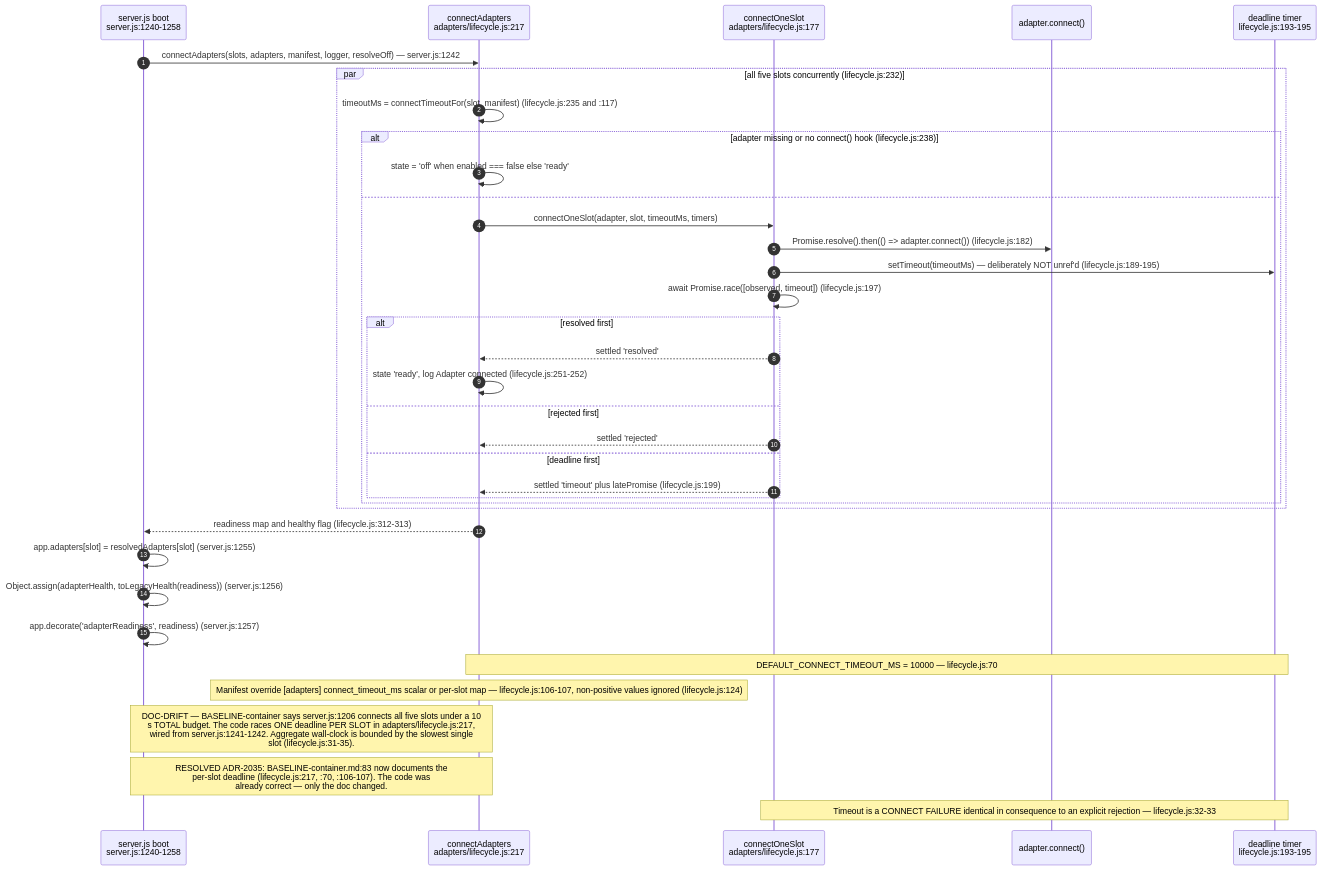
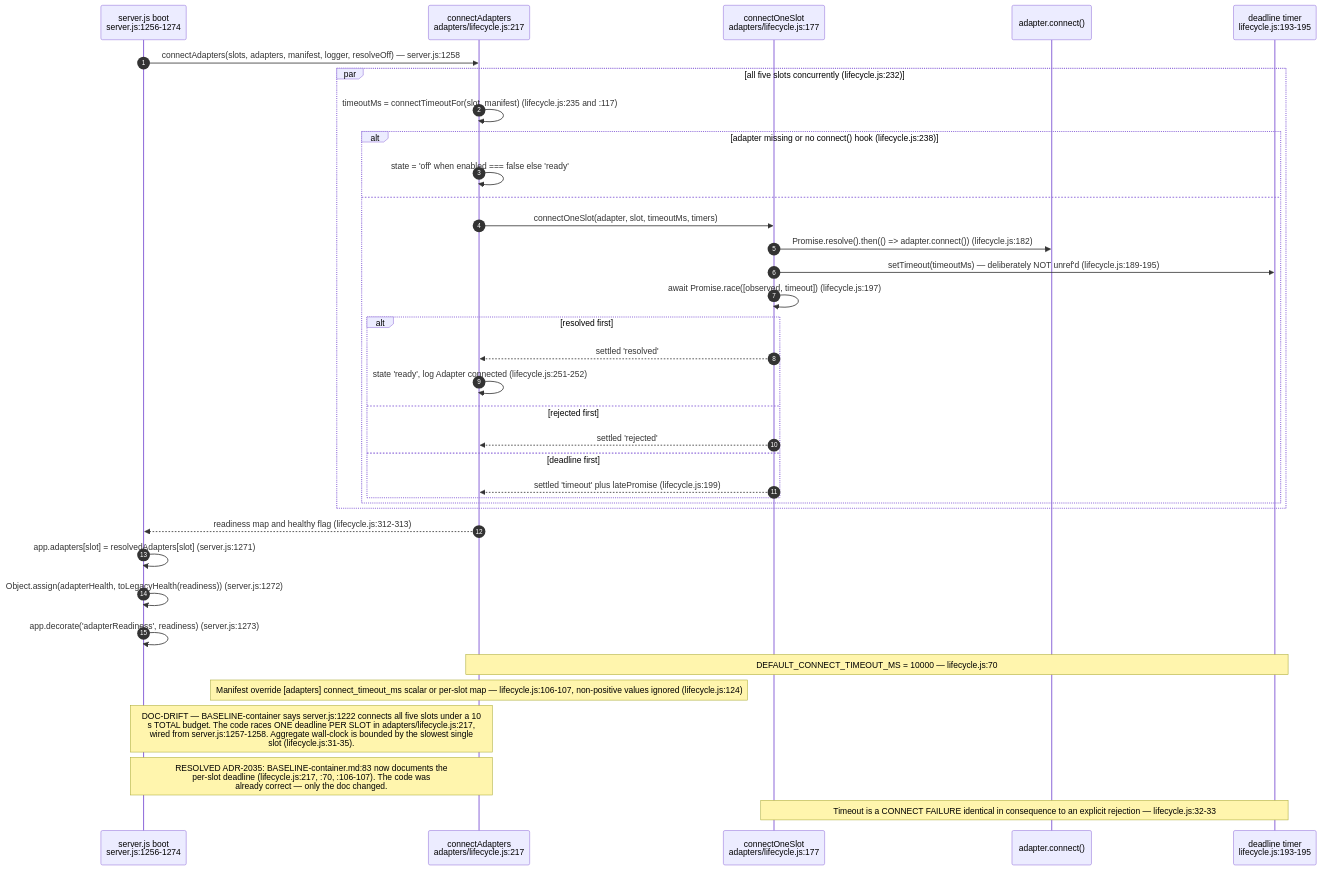
Before and after one commit to DreamLab-AI/AR-AI-Knowledge-Graph: the sixth of 16 diagrams in docs/diagrams/agentbox/04-adapter-spine.md, drawn with Mermaid. The commit also changed other lines of this file and 73 other files, not shown here.

First line of the commit message:
docs(diagrams): re-verify all 71 topic files against HEAD; add --cite-check

````diff
--- a/docs/diagrams/agentbox/04-adapter-spine.md
+++ b/docs/diagrams/agentbox/04-adapter-spine.md
@@ -253,39 +254,39 @@
 ```mermaid
 sequenceDiagram
     autonumber
-    participant SV as server.js boot<br/>server.js:1240-1258
+    participant SV as server.js boot<br/>server.js:1256-1274
     participant LC as connectAdapters<br/>adapters/lifecycle.js:217
     participant CO as connectOneSlot<br/>adapters/lifecycle.js:177
     participant AD as adapter.connect()
     participant T as deadline timer<br/>lifecycle.js:193-195
 
-    SV->>LC: connectAdapters(slots, adapters, manifest, logger, resolveOff) — server.js:1242
+    SV->>LC: connectAdapters(slots, adapters, manifest, logger, resolveOff) — server.js:1258
     par all five slots concurrently (lifecycle.js:232)
         LC->>LC: timeoutMs = connectTimeoutFor(slot, manifest) (lifecycle.js:235 and :117)
         alt adapter missing or no connect() hook (lifecycle.js:238)
             LC->>LC: state = 'off' when enabled === false else 'ready'
         else
             LC->>CO: connectOneSlot(adapter, slot, timeoutMs, timers)
             CO->>AD: Promise.resolve().then(() => adapter.connect()) (lifecycle.js:182)
             CO->>T: setTimeout(timeoutMs) — deliberately NOT unref'd (lifecycle.js:189-195)
             CO->>CO: await Promise.race([observed, timeout]) (lifecycle.js:197)
             alt resolved first
                 CO-->>LC: settled 'resolved'
                 LC->>LC: state 'ready', log Adapter connected (lifecycle.js:251-252)
             else rejected first
                 CO-->>LC: settled 'rejected'
             else deadline first
                 CO-->>LC: settled 'timeout' plus latePromise (lifecycle.js:199)
             end
         end
     end
     LC-->>SV: readiness map and healthy flag (lifecycle.js:312-313)
-    SV->>SV: app.adapters[slot] = resolvedAdapters[slot] (server.js:1255)
-    SV->>SV: Object.assign(adapterHealth, toLegacyHealth(readiness)) (server.js:1256)
-    SV->>SV: app.decorate('adapterReadiness', readiness) (server.js:1257)
+    SV->>SV: app.adapters[slot] = resolvedAdapters[slot] (server.js:1271)
+    SV->>SV: Object.assign(adapterHealth, toLegacyHealth(readiness)) (server.js:1272)
+    SV->>SV: app.decorate('adapterReadiness', readiness) (server.js:1273)
     Note over LC,T: DEFAULT_CONNECT_TIMEOUT_MS = 10000 — lifecycle.js:70
     Note over LC: Manifest override [adapters] connect_timeout_ms scalar or per-slot map — lifecycle.js:106-107, non-positive values ignored (lifecycle.js:124)
-    Note over SV,LC: DOC-DRIFT — BASELINE-container says server.js:1206 connects all five slots under a 10<br/>s TOTAL budget. The code races ONE deadline PER SLOT in adapters/lifecycle.js:217,<br/>wired from server.js:1241-1242. Aggregate wall-clock is bounded by the slowest single<br/>slot (lifecycle.js:31-35).
+    Note over SV,LC: DOC-DRIFT — BASELINE-container says server.js:1222 connects all five slots under a 10<br/>s TOTAL budget. The code races ONE deadline PER SLOT in adapters/lifecycle.js:217,<br/>wired from server.js:1257-1258. Aggregate wall-clock is bounded by the slowest single<br/>slot (lifecycle.js:31-35).
     Note over SV,LC: RESOLVED ADR-2035: BASELINE-container.md:83 now documents the<br/>per-slot deadline (lifecycle.js:217, :70, :106-107). The code was<br/>already correct — only the doc changed.
     Note over CO,T: Timeout is a CONNECT FAILURE identical in consequence to an explicit rejection — lifecycle.js:32-33
 ```
````
